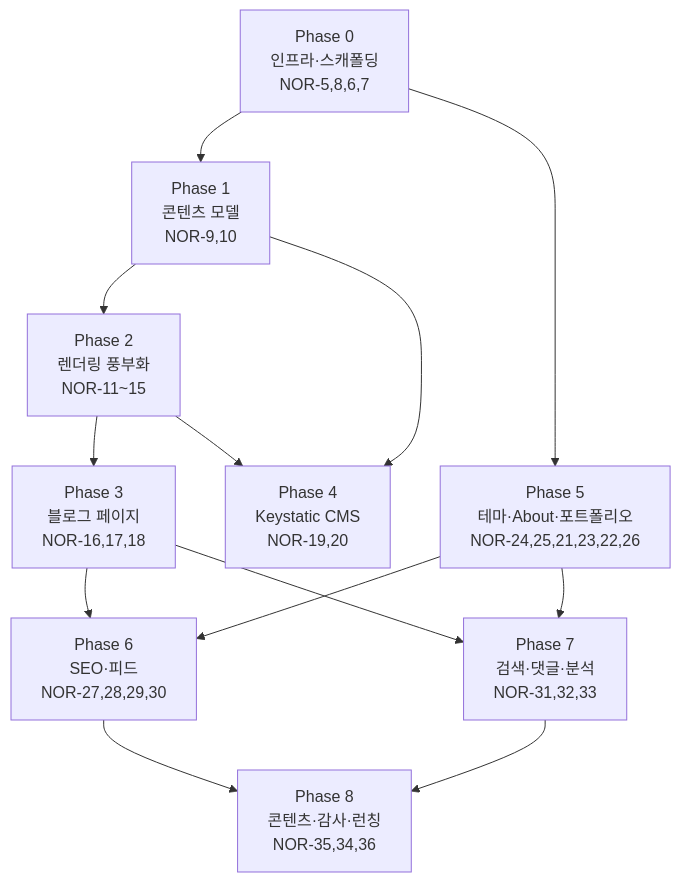
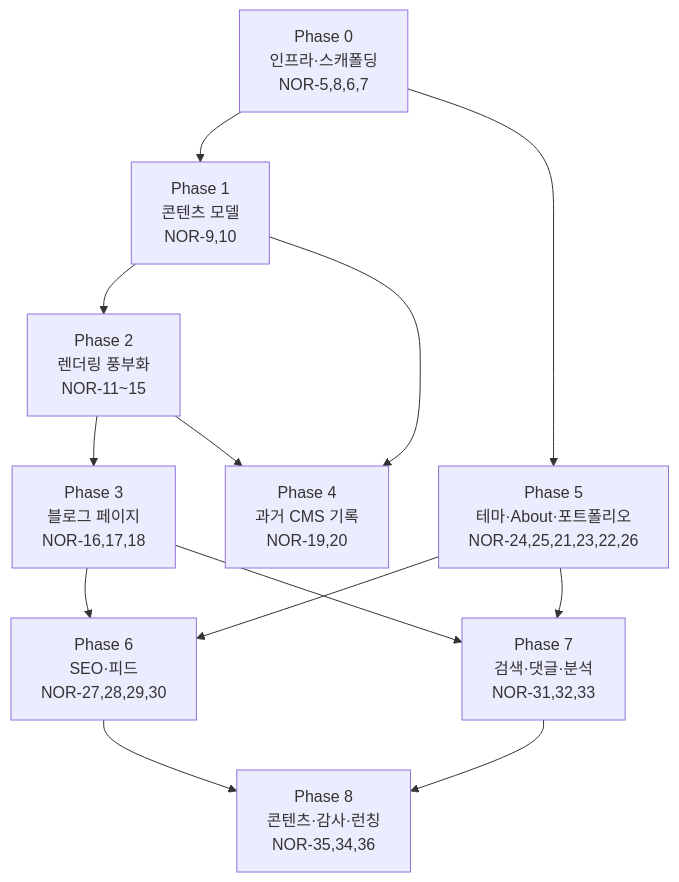
The diagram in docs/roadmap.md (gze1206/blog.gze1206.net), drawn with Mermaid before and after one commit. The commit also changed other lines of this file and 20 other files, not shown here.

Commit message:
📝 docs(cms): private 작성 경계로 CMS 기록 정리 (NOR-142)

````diff
--- a/docs/roadmap.md
+++ b/docs/roadmap.md
@@ -124,23 +126,23 @@
 ```mermaid
 graph TD
     P0["Phase 0<br/>인프라·스캐폴딩<br/>NOR-5,8,6,7"]
     P1["Phase 1<br/>콘텐츠 모델<br/>NOR-9,10"]
     P2["Phase 2<br/>렌더링 풍부화<br/>NOR-11~15"]
     P3["Phase 3<br/>블로그 페이지<br/>NOR-16,17,18"]
-    P4["Phase 4<br/>Keystatic CMS<br/>NOR-19,20"]
+    P4["Phase 4<br/>과거 CMS 기록<br/>NOR-19,20"]
     P5["Phase 5<br/>테마·About·포트폴리오<br/>NOR-24,25,21,23,22,26"]
     P6["Phase 6<br/>SEO·피드<br/>NOR-27,28,29,30"]
     P7["Phase 7<br/>검색·댓글·분석<br/>NOR-31,32,33"]
     P8["Phase 8<br/>콘텐츠·감사·런칭<br/>NOR-35,34,36"]
 
     P0 --> P1 --> P2 --> P3
     P1 --> P4
     P2 --> P4
     P0 --> P5
     P3 --> P6
     P5 --> P6
     P3 --> P7
     P5 --> P7
     P6 --> P8
     P7 --> P8
 ```
````
